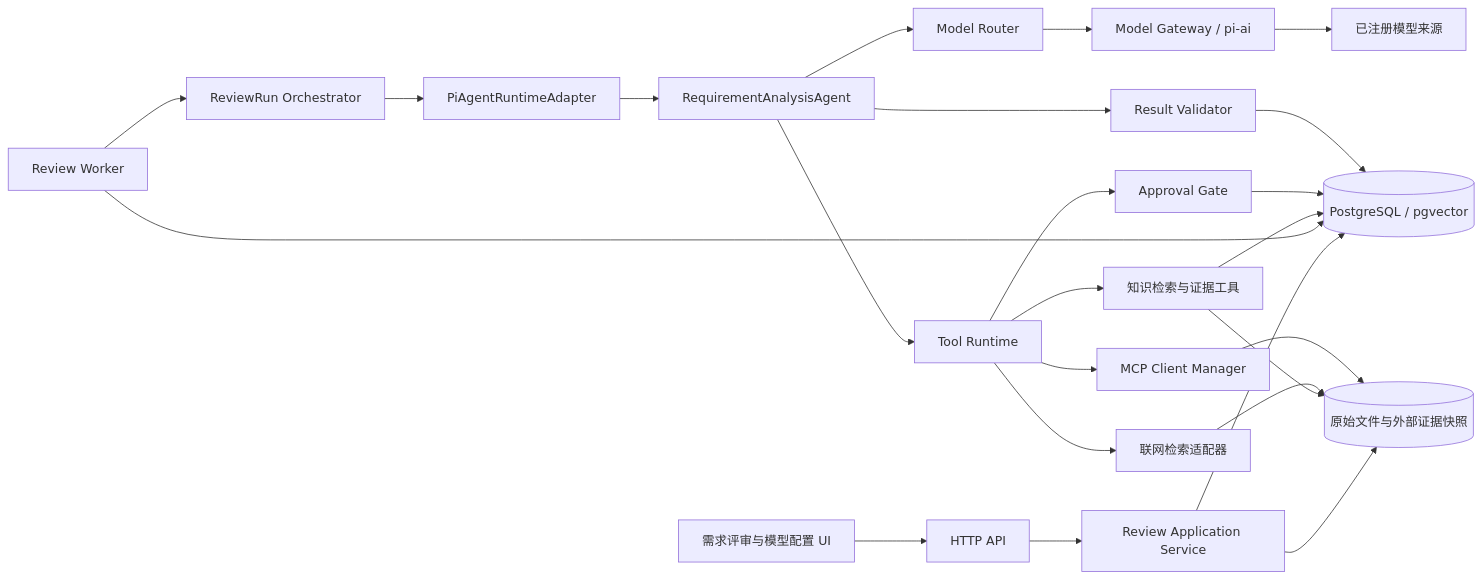
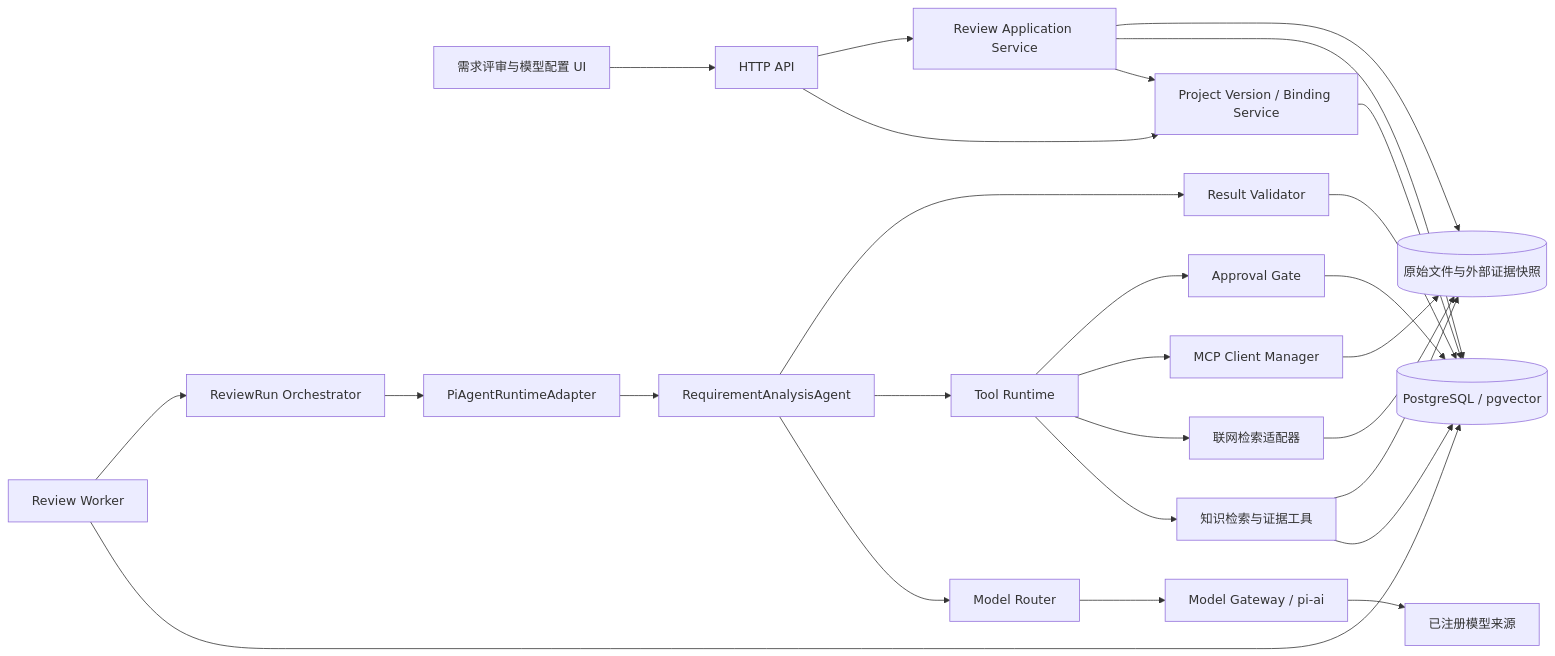
Before and after one commit to lishilei123/SmartHub: the first of 8 diagrams in 技术文档/第二期-需求评审与大模型配置技术文档.md, drawn with Mermaid. The commit also changed other lines of this file and 7 other files, not shown here.

````diff
--- a/技术文档/第二期-需求评审与大模型配置技术文档.md
+++ b/技术文档/第二期-需求评审与大模型配置技术文档.md
@@ -210,38 +224,42 @@
 ```mermaid
 flowchart LR
     UI[需求评审与模型配置 UI]
     API[HTTP API]
+    PVS[Project Version / Binding Service]
     APP[Review Application Service]
     DB[(PostgreSQL / pgvector)]
     RAW[(原始文件与外部证据快照)]
     RW[Review Worker]
     ORCH[ReviewRun Orchestrator]
     PI[PiAgentRuntimeAdapter]
     AGENT[RequirementAnalysisAgent]
     ROUTER[Model Router]
     GATEWAY[Model Gateway / pi-ai]
     LLM[已注册模型来源]
     TR[Tool Runtime]
     KTOOL[知识检索与证据工具]
     WEB[联网检索适配器]
     MCP[MCP Client Manager]
     APPROVAL[Approval Gate]
     VALIDATOR[Result Validator]
 
-    UI --> API --> APP
+    UI --> API
+    API --> PVS --> DB
+    API --> APP
+    APP --> PVS
     APP --> DB
     APP --> RAW
     RW --> DB
     RW --> ORCH
     ORCH --> PI --> AGENT
     AGENT --> ROUTER --> GATEWAY --> LLM
     AGENT --> TR
     TR --> KTOOL --> DB
     TR --> WEB
     TR --> MCP
     TR --> APPROVAL --> DB
     AGENT --> VALIDATOR --> DB
     KTOOL --> RAW
     WEB --> RAW
     MCP --> RAW
 ```
````
